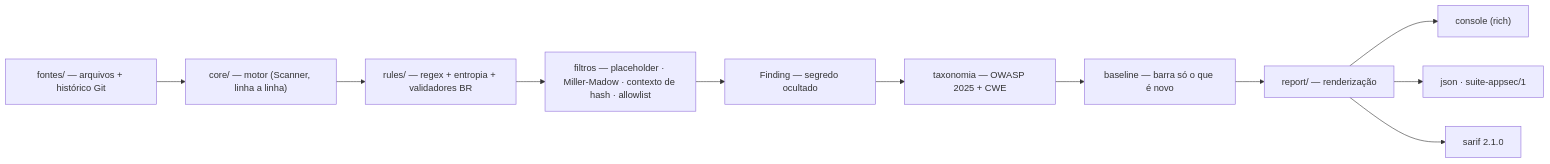
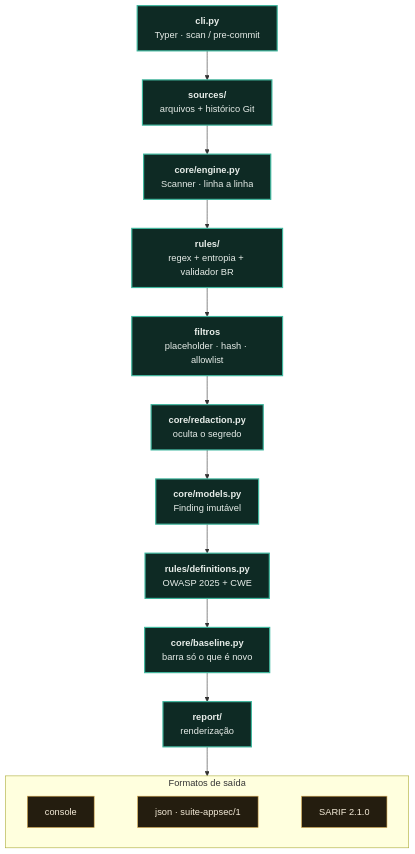
One commit to Paulo-Marcos-Lucio/guardiao changed the diagram in README.md. Above: the diagram before and after it, drawn with Mermaid.

Commit message:
docs(README): diagrama de arquitetura vertical e legível (flowchart TD)
O flowchart LR virava um trilho horizontal minúsculo e ilegível no
GitHub. Reescrito como flowchart TD, com rótulos curtos em 2 linhas
(módulo real + o que faz), os três formatos de saída agrupados num
subgraph horizontal, e as cores da suíte (núcleo verde-abissal,
saída âmbar) via classDef. Reflete a arquitetura ATUAL e conferida
no código: cli.py -> sources/ -> core/engine.py -> rules/ -> filtros
-> core/redaction.py -> core/models.py -> taxonomia -> core/baseline.py
-> report/ -> console/json/SARIF.

````diff
--- a/README.md
+++ b/README.md
@@ -310,13 +310,21 @@
 ```mermaid
-flowchart LR
-    SRC["fontes/ — arquivos + histórico Git"] --> ENG["core/ — motor (Scanner, linha a linha)"]
-    ENG --> RUL["rules/ — regex + entropia + validadores BR"]
-    RUL --> FLT["filtros — placeholder · Miller-Madow · contexto de hash · allowlist"]
-    FLT --> FND["Finding — segredo ocultado"]
-    FND --> TAX["taxonomia — OWASP 2025 + CWE"]
-    TAX --> BAS["baseline — barra só o que é novo"]
-    BAS --> REP["report/ — renderização"]
-    REP --> C1["console (rich)"]
-    REP --> C2["json · suite-appsec/1"]
-    REP --> C3["sarif 2.1.0"]
+flowchart TD
+    A["<b>cli.py</b><br/>Typer · scan / pre-commit"] --> SRC["<b>sources/</b><br/>arquivos + histórico Git"]
+    SRC --> ENG["<b>core/engine.py</b><br/>Scanner · linha a linha"]
+    ENG --> RUL["<b>rules/</b><br/>regex + entropia + validador BR"]
+    RUL --> FLT["<b>filtros</b><br/>placeholder · hash · allowlist"]
+    FLT --> RED["<b>core/redaction.py</b><br/>oculta o segredo"]
+    RED --> FND["<b>core/models.py</b><br/>Finding imutável"]
+    FND --> TAX["<b>rules/definitions.py</b><br/>OWASP 2025 + CWE"]
+    TAX --> BAS["<b>core/baseline.py</b><br/>barra só o que é novo"]
+    BAS --> REP["<b>report/</b><br/>renderização"]
+    REP --> OUT
+    subgraph OUT [" Formatos de saída "]
+        direction LR
+        CON["console"] ~~~ JS["json · suite-appsec/1"] ~~~ SA["SARIF 2.1.0"]
+    end
+    classDef nucleo fill:#0e2a24,stroke:#3fb79e,stroke-width:2px,color:#e7ede9;
+    classDef saida fill:#241d0f,stroke:#d6a94e,color:#f5ecd9;
+    class A,SRC,ENG,RUL,FLT,RED,FND,TAX,BAS,REP nucleo;
+    class CON,JS,SA saida;
 ```
````
